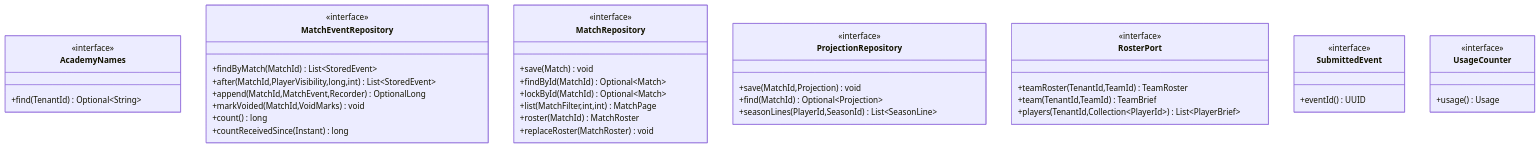
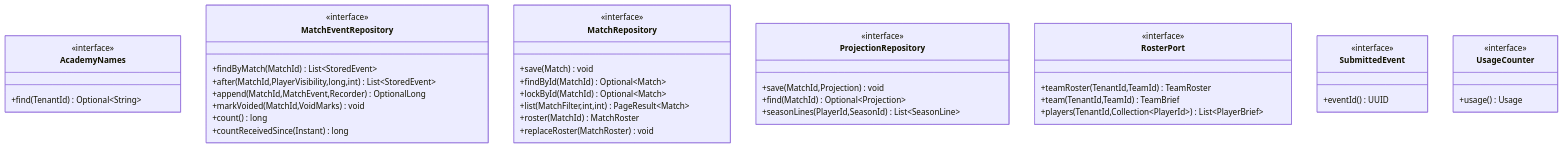
One commit to davidbejar/hoops-academy changed the seventh of 9 diagrams in docs/domain/game-model.md. Above: the diagram before and after it, drawn with Mermaid. The commit also changed other lines of this file and 1 other file, not shown here.

````diff
--- a/docs/domain/game-model.md
+++ b/docs/domain/game-model.md
@@ -513,45 +513,45 @@
 ```mermaid
 classDiagram
     class AcademyNames {
         <<interface>>
         +find(TenantId) Optional~String~
     }
     class MatchEventRepository {
         <<interface>>
         +findByMatch(MatchId) List~StoredEvent~
         +after(MatchId,PlayerVisibility,long,int) List~StoredEvent~
         +append(MatchId,MatchEvent,Recorder) OptionalLong
         +markVoided(MatchId,VoidMarks) void
         +count() long
         +countReceivedSince(Instant) long
     }
     class MatchRepository {
         <<interface>>
         +save(Match) void
         +findById(MatchId) Optional~Match~
         +lockById(MatchId) Optional~Match~
-        +list(MatchFilter,int,int) MatchPage
+        +list(MatchFilter,int,int) PageResult~Match~
         +roster(MatchId) MatchRoster
         +replaceRoster(MatchRoster) void
     }
     class ProjectionRepository {
         <<interface>>
         +save(MatchId,Projection) void
         +find(MatchId) Optional~Projection~
         +seasonLines(PlayerId,SeasonId) List~SeasonLine~
     }
     class RosterPort {
         <<interface>>
         +teamRoster(TenantId,TeamId) TeamRoster
         +team(TenantId,TeamId) TeamBrief
         +players(TenantId,Collection~PlayerId~) List~PlayerBrief~
     }
     class SubmittedEvent {
         <<interface>>
         +eventId() UUID
     }
     class UsageCounter {
         <<interface>>
         +usage() Usage
     }
 ```
````
